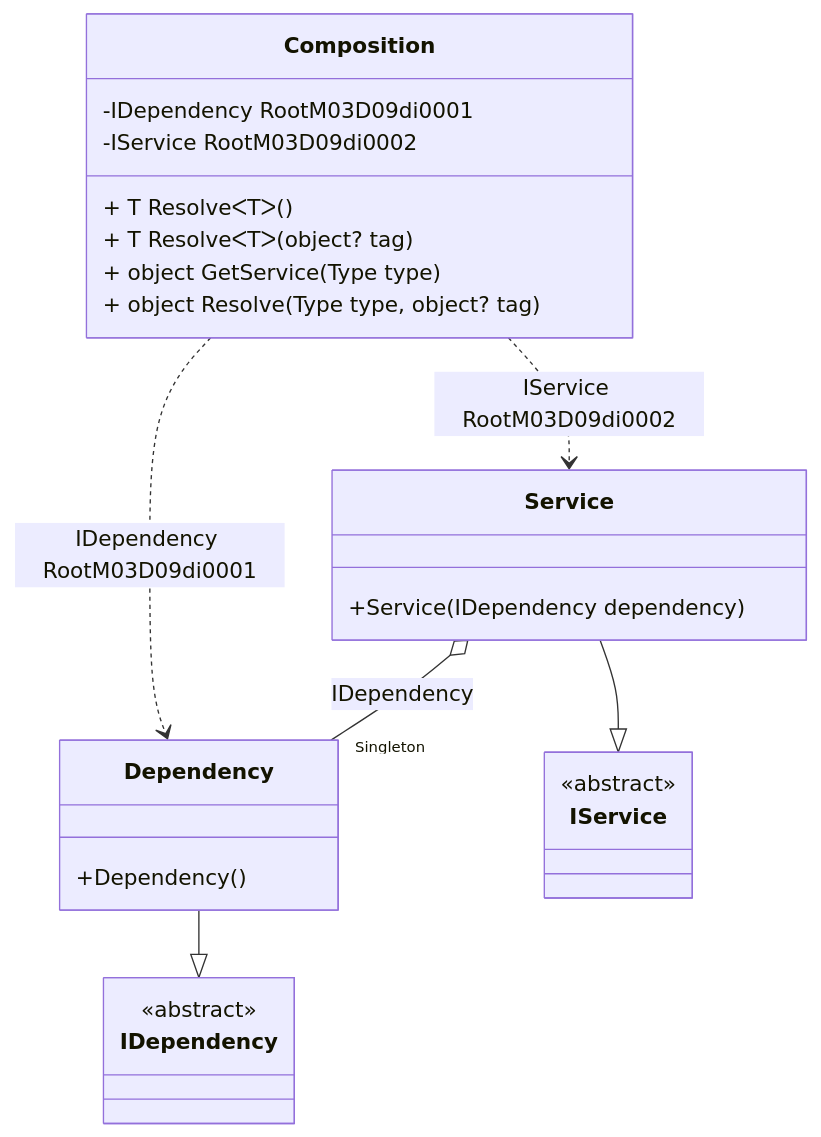
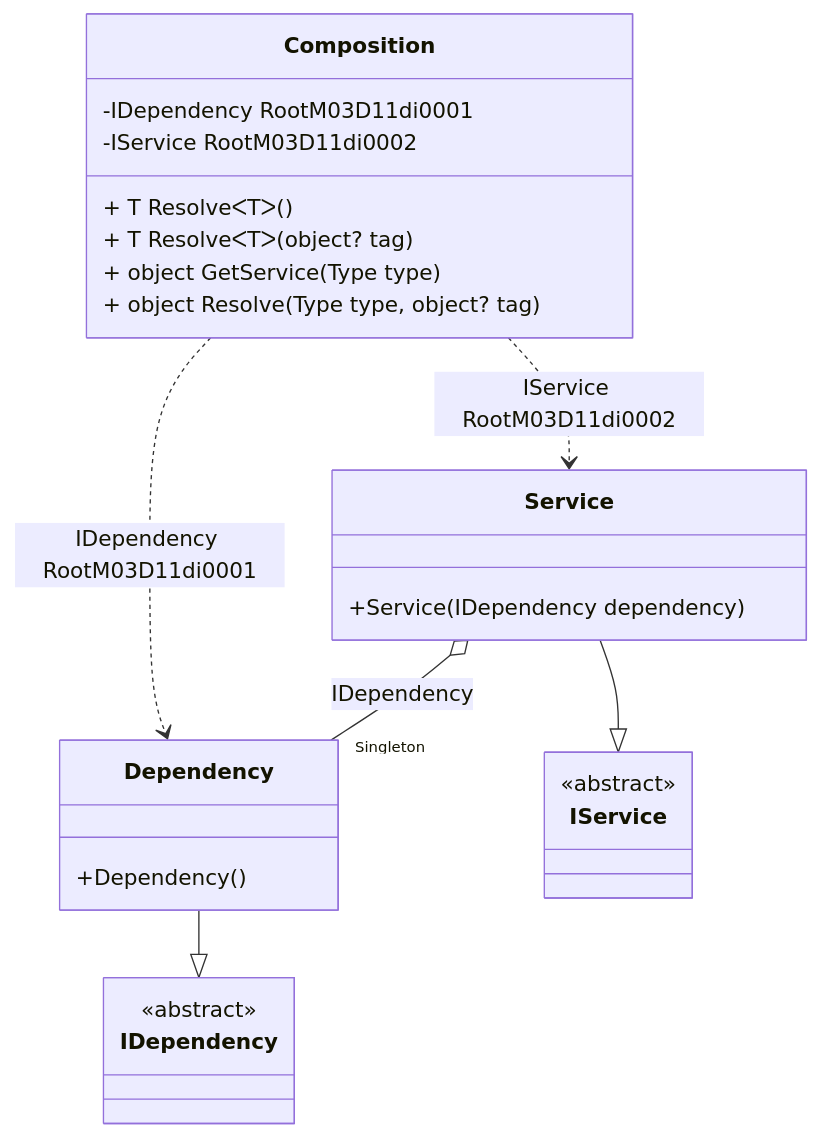
The diagram in readme/service-provider.md (DevTeam/Pure.DI), drawn with Mermaid before and after one commit. The commit also changed other lines of this file and 73 other files, not shown here.

````diff
--- a/readme/service-provider.md
+++ b/readme/service-provider.md
@@ -45,28 +45,28 @@
 ```mermaid
 classDiagram
   class Composition {
-    -IDependency RootM03D09di0001
-    -IService RootM03D09di0002
+    -IDependency RootM03D11di0001
+    -IService RootM03D11di0002
     + T ResolveᐸTᐳ()
     + T ResolveᐸTᐳ(object? tag)
     + object GetService(Type type)
     + object Resolve(Type type, object? tag)
   }
   Dependency --|> IDependency : 
   class Dependency {
     +Dependency()
   }
   Service --|> IService : 
   class Service {
     +Service(IDependency dependency)
   }
   class IDependency {
     <<abstract>>
   }
   class IService {
     <<abstract>>
   }
   Service o--  "Singleton" Dependency : IDependency
-  Composition ..> Dependency : IDependency RootM03D09di0001
-  Composition ..> Service : IService RootM03D09di0002
+  Composition ..> Dependency : IDependency RootM03D11di0001
+  Composition ..> Service : IService RootM03D11di0002
 ```
````
